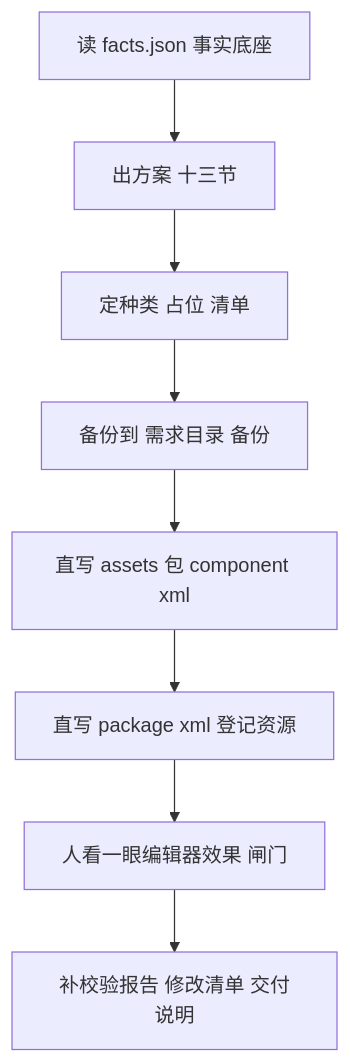
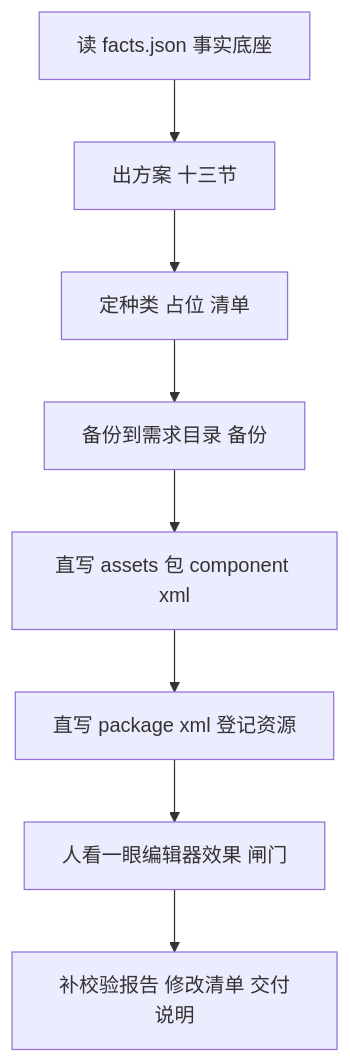
The third of 4 diagrams in dev-docs/research/FairyGUI插件构建可行性分析.md (mickorz/game-workbench), drawn with Mermaid before and after one commit. The commit also changed other lines of this file and 1 other file, not shown here.

````diff
--- a/dev-docs/research/FairyGUI插件构建可行性分析.md
+++ b/dev-docs/research/FairyGUI插件构建可行性分析.md
@@ -84,10 +129,10 @@
 ```mermaid
 flowchart TD
     A[读 facts.json 事实底座] --> B[出方案 十三节]
     B --> C[定种类 占位 清单]
-    C --> D[备份到 需求目录 备份]
+    C --> D[备份到需求目录 备份]
     D --> E[直写 assets 包 component xml]
     E --> F[直写 package xml 登记资源]
     F --> G[人看一眼编辑器效果 闸门]
     G --> H[补校验报告 修改清单 交付说明]
 ```
````
